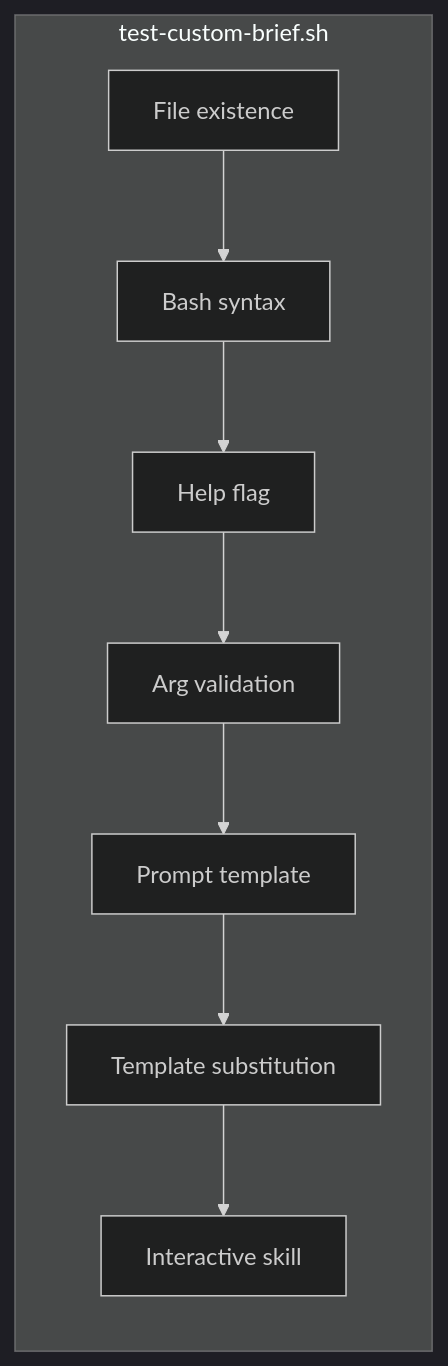
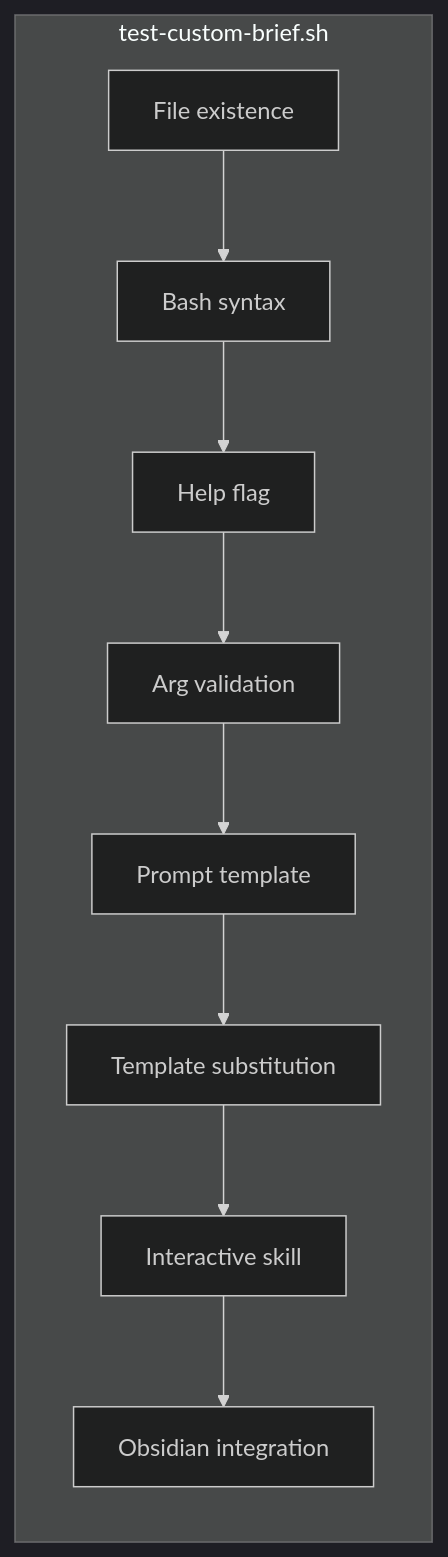
One commit to hoangsonww/ai-news-briefing changed the second of 6 diagrams in TESTS.md. Above: the diagram before and after it, drawn with Mermaid (dark theme). The commit also changed other lines of this file and 22 other files, not shown here.

````diff
--- a/TESTS.md
+++ b/TESTS.md
@@ -89,11 +95,12 @@
 ```mermaid
 flowchart LR
     subgraph "test-custom-brief.sh"
         A["File existence"] --> B["Bash syntax"]
         B --> C["Help flag"]
         C --> D["Arg validation"]
         D --> E["Prompt template"]
         E --> F["Template substitution"]
         F --> G["Interactive skill"]
+        G --> H["Obsidian integration"]
     end
 ```
````
